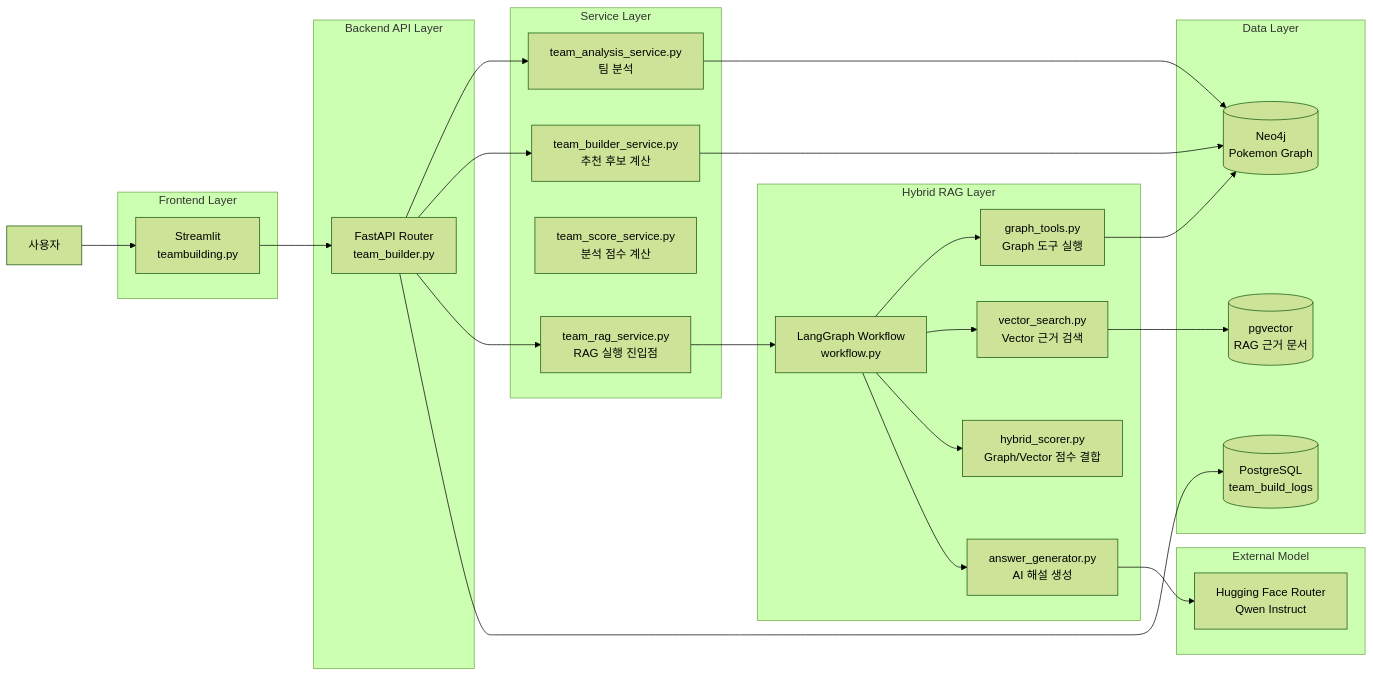
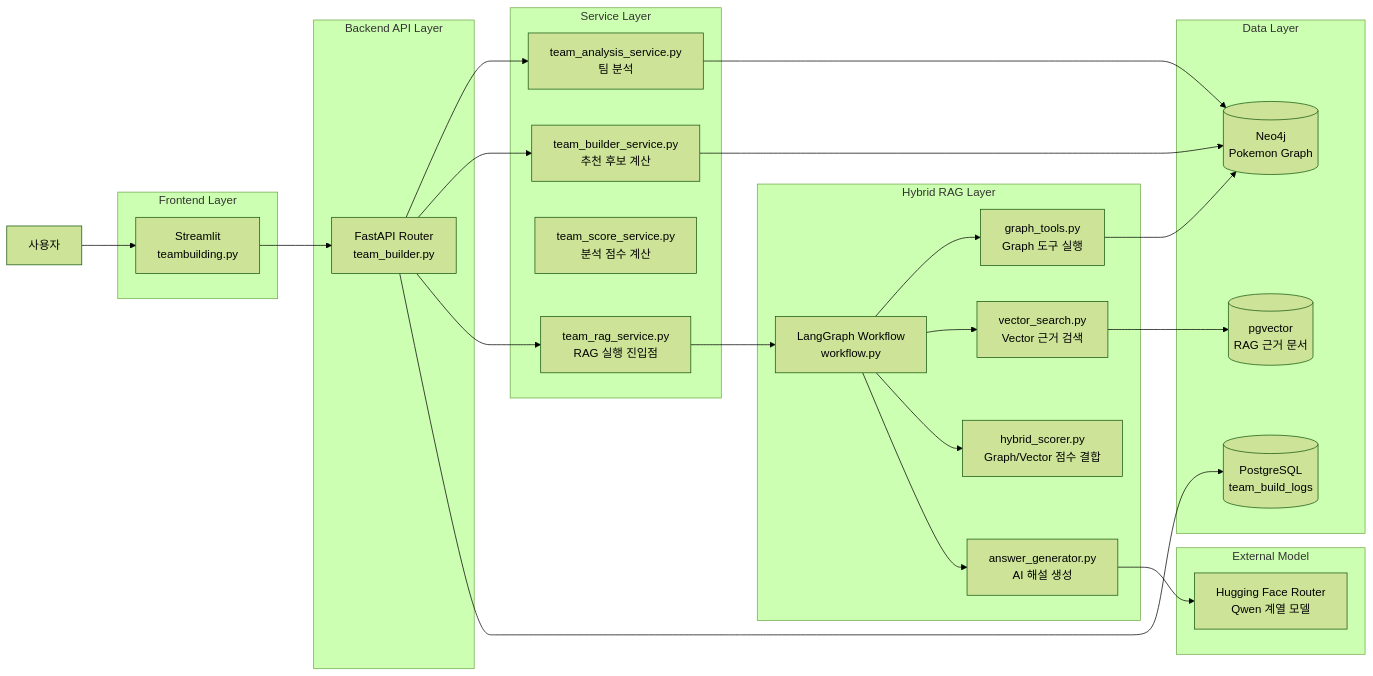
The first of 5 diagrams in docs/팀빌딩/06_시스템아키텍처구성도.md (SKNETWORKS-FAMILY-AICAMP/SKN27-3rd-3TEAM), drawn with Mermaid (forest theme) before and after one commit. The commit also changed other lines of this file and 6 other files, not shown here.

````diff
--- a/docs/팀빌딩/06_시스템아키텍처구성도.md
+++ b/docs/팀빌딩/06_시스템아키텍처구성도.md
@@ -32,55 +32,55 @@
 ```mermaid
 flowchart LR
     USER["사용자"]
 
     subgraph FE["Frontend Layer"]
         ST["Streamlit<br/>teambuilding.py"]
     end
 
     subgraph API["Backend API Layer"]
         ROUTER["FastAPI Router<br/>team_builder.py"]
     end
 
     subgraph SVC["Service Layer"]
         ANALYSIS["team_analysis_service.py<br/>팀 분석"]
         BUILDER["team_builder_service.py<br/>추천 후보 계산"]
         SCORE["team_score_service.py<br/>분석 점수 계산"]
         RAG_SERVICE["team_rag_service.py<br/>RAG 실행 진입점"]
     end
 
     subgraph RAG["Hybrid RAG Layer"]
         WF["LangGraph Workflow<br/>workflow.py"]
         GRAPH_TOOL["graph_tools.py<br/>Graph 도구 실행"]
         VECTOR["vector_search.py<br/>Vector 근거 검색"]
         HYBRID["hybrid_scorer.py<br/>Graph/Vector 점수 결합"]
         ANSWER["answer_generator.py<br/>AI 해설 생성"]
     end
 
     subgraph DB["Data Layer"]
         NEO4J[("Neo4j<br/>Pokemon Graph")]
         PG[("PostgreSQL<br/>team_build_logs")]
         PGVECTOR[("pgvector<br/>RAG 근거 문서")]
     end
 
     subgraph EXT["External Model"]
-        HF["Hugging Face Router<br/>Qwen Instruct"]
+        HF["Hugging Face Router<br/>Qwen 계열 모델"]
     end
 
     USER --> ST
     ST --> ROUTER
     ROUTER --> ANALYSIS
     ROUTER --> BUILDER
     ROUTER --> RAG_SERVICE
     RAG_SERVICE --> WF
     WF --> GRAPH_TOOL
     WF --> VECTOR
     WF --> HYBRID
     WF --> ANSWER
 
     GRAPH_TOOL --> NEO4J
     ANALYSIS --> NEO4J
     BUILDER --> NEO4J
     VECTOR --> PGVECTOR
     ANSWER --> HF
     ROUTER --> PG
 ```
````
